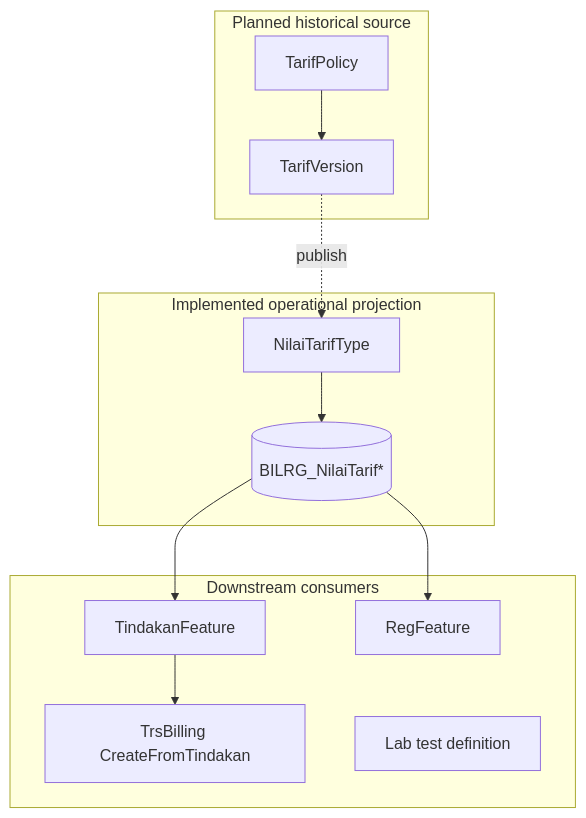
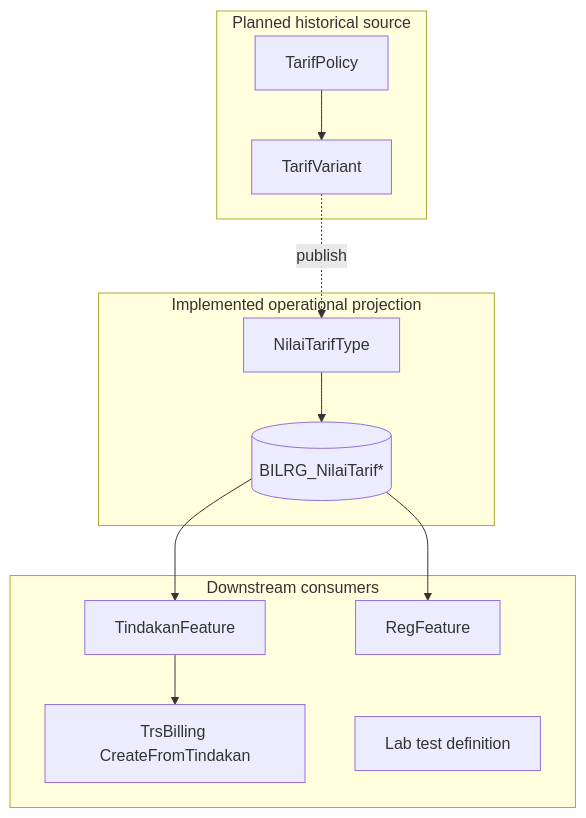
One commit to smart-ics/b09-bilreg-api changed the first of 2 diagrams in docs/contexts/tarif/tarif-03-design.md. Above: the diagram before and after it, drawn with Mermaid. The commit also changed other lines of this file and 23 other files, not shown here.

````diff
--- a/docs/contexts/tarif/tarif-03-design.md
+++ b/docs/contexts/tarif/tarif-03-design.md
@@ -28,26 +28,26 @@
 ```mermaid
 flowchart TB
     subgraph planned_hist [Planned historical source]
         TP[TarifPolicy]
-        TV[TarifVersion]
+        TV[TarifVariant]
     end
 
     subgraph impl_proj [Implemented operational projection]
         NT[NilaiTarifType]
         BILRG[(BILRG_NilaiTarif*)]
     end
 
     subgraph consumers [Downstream consumers]
         TDK[TindakanFeature]
         REG[RegFeature]
         PAY[TrsBilling CreateFromTindakan]
         LAB[Lab test definition]
     end
 
     TP --> TV
     TV -. publish .-> NT
     NT --> BILRG
     BILRG --> TDK
     BILRG --> REG
     TDK --> PAY
 ```
````
